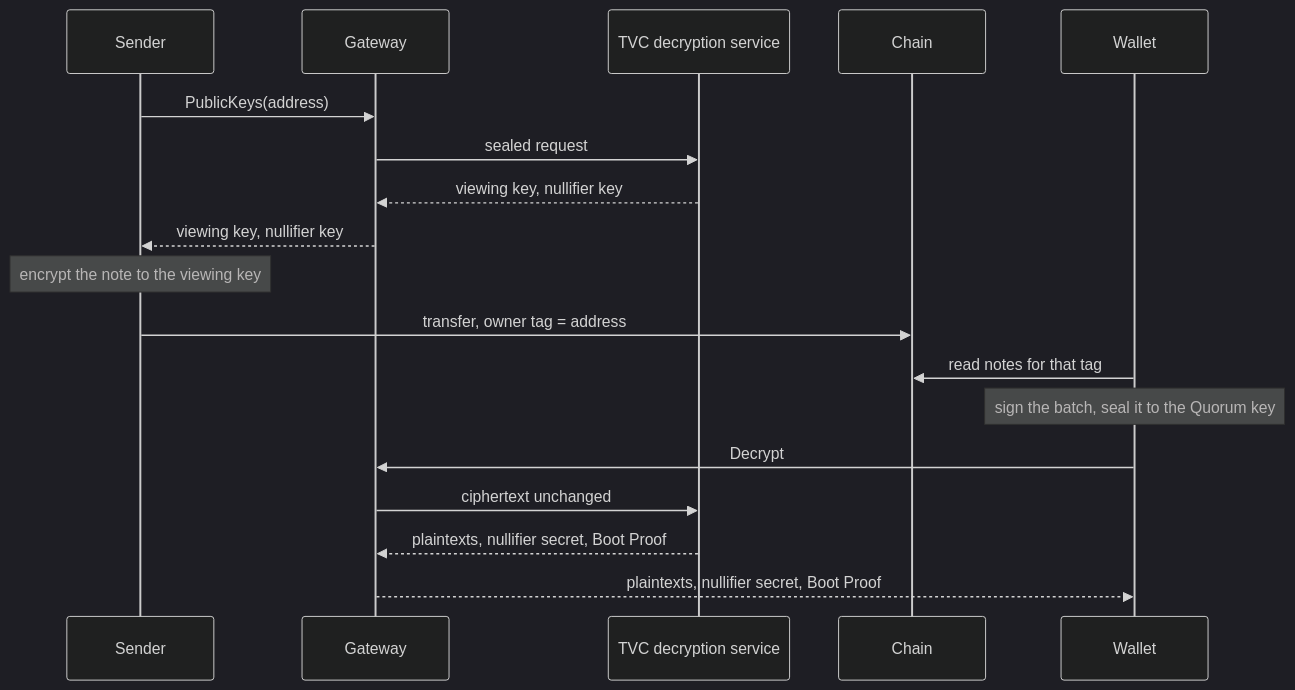
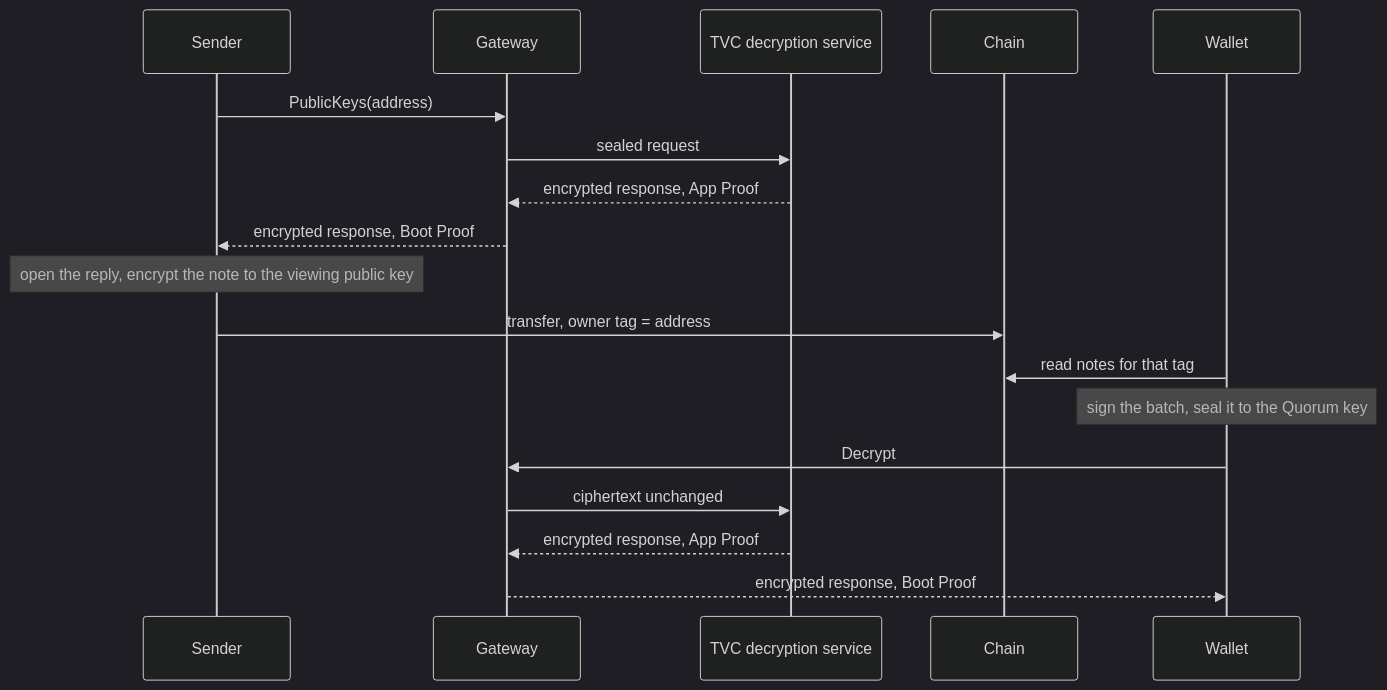
Before and after one commit to helius-labs/spr-tvc: the third of 5 diagrams in docs/spec.md, drawn with Mermaid (dark theme). The commit also changed other lines of this file, not shown here.

Commit message:
Show the gateway returning a sealed reply, not the keys.

````diff
--- a/docs/spec.md
+++ b/docs/spec.md
@@ -150,21 +150,21 @@
 ```mermaid
 sequenceDiagram
     participant Sender
     participant Gateway
     participant Service as TVC decryption service
     participant Chain
     participant Wallet
 
     Sender->>Gateway: PublicKeys(address)
     Gateway->>Service: sealed request
-    Service-->>Gateway: viewing key, nullifier key
-    Gateway-->>Sender: viewing key, nullifier key
-    Note over Sender: encrypt the note to the viewing key
+    Service-->>Gateway: encrypted response, App Proof
+    Gateway-->>Sender: encrypted response, Boot Proof
+    Note over Sender: open the reply, encrypt the note to the viewing public key
     Sender->>Chain: transfer, owner tag = address
     Wallet->>Chain: read notes for that tag
     Note over Wallet: sign the batch, seal it to the Quorum key
     Wallet->>Gateway: Decrypt
     Gateway->>Service: ciphertext unchanged
-    Service-->>Gateway: plaintexts, nullifier secret, Boot Proof
-    Gateway-->>Wallet: plaintexts, nullifier secret, Boot Proof
+    Service-->>Gateway: encrypted response, App Proof
+    Gateway-->>Wallet: encrypted response, Boot Proof
 ```
````
